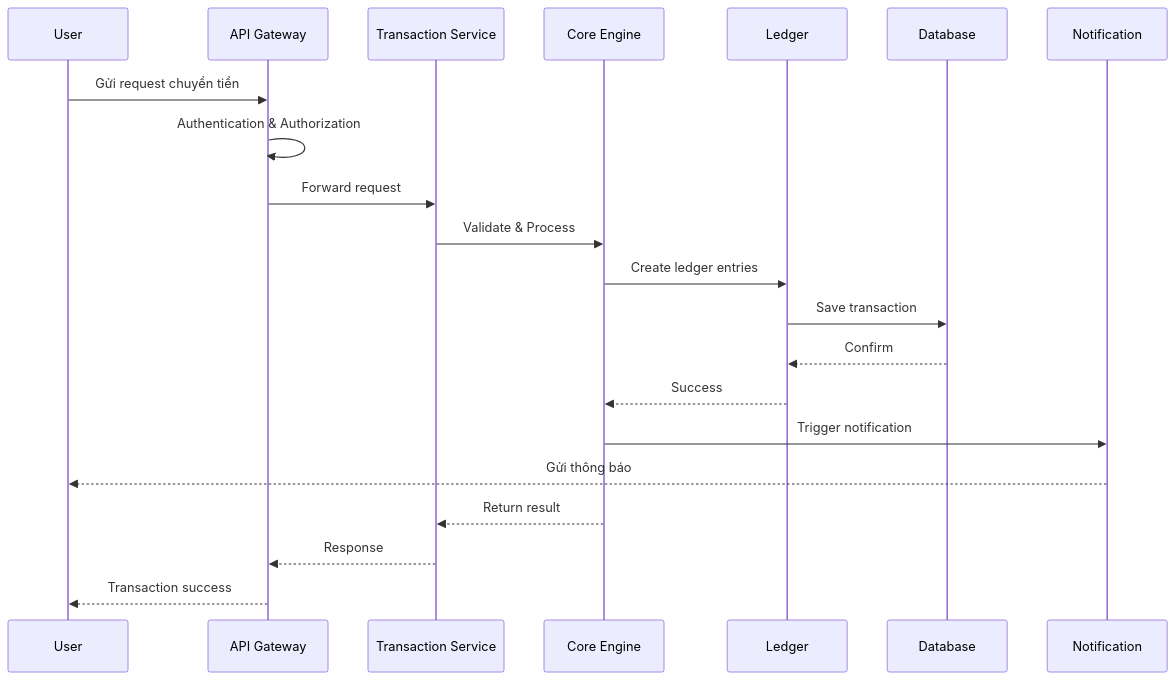
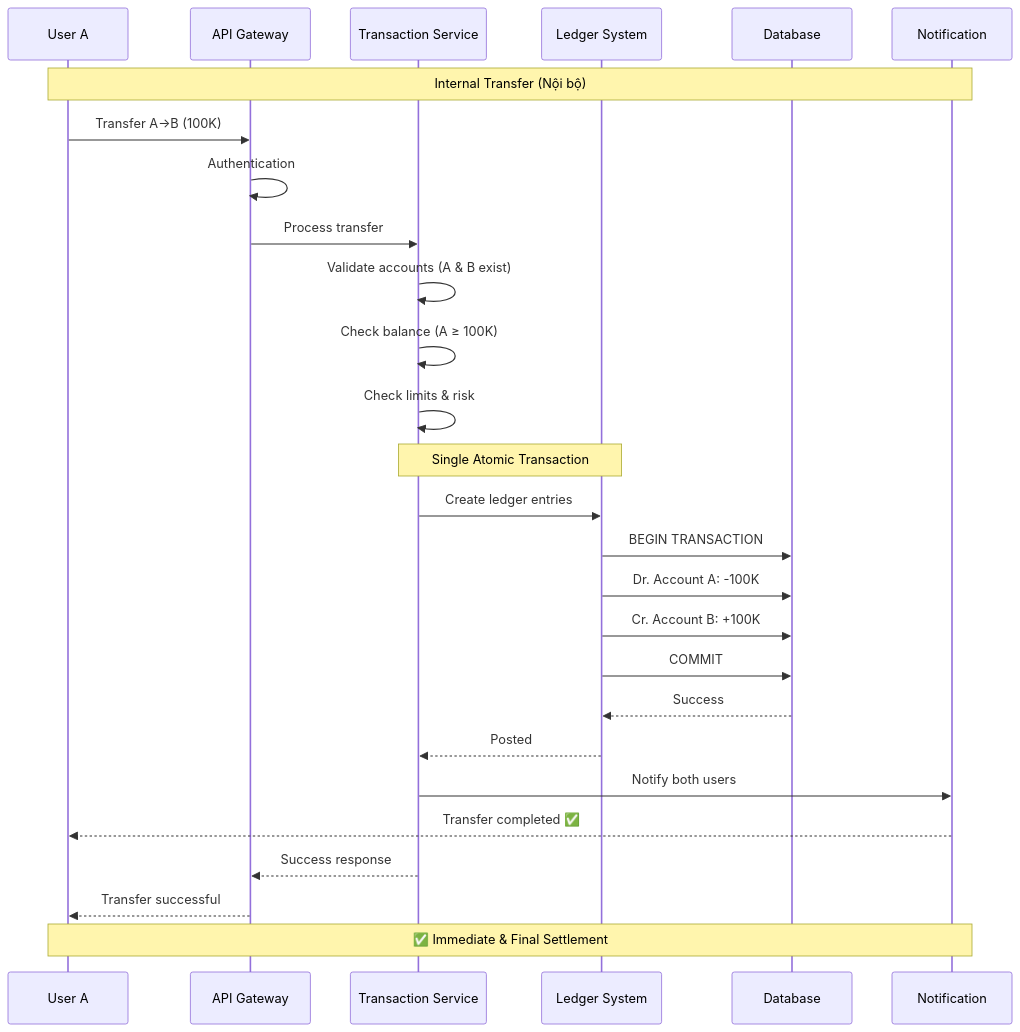
Before and after one commit to PhuMBT/eWallet_CBS: the second of 6 diagrams in docs/cbs-sdk-finance/02-architecture.md, drawn with Mermaid. The commit also changed other lines of this file and 1 other file, not shown here.

First line of the commit message:
docs(transaction): Add comprehensive money transfer analysis

````diff
--- a/docs/cbs-sdk-finance/02-architecture.md
+++ b/docs/cbs-sdk-finance/02-architecture.md
@@ -301,24 +305,35 @@
 ```mermaid
 sequenceDiagram
-    participant U as User
+    participant U as User A
     participant A as API Gateway
     participant T as Transaction Service
-    participant C as Core Engine
-    participant L as Ledger
+    participant L as Ledger System
     participant DB as Database
     participant N as Notification
     
-    U->>A: Gửi request chuyển tiền
-    A->>A: Authentication & Authorization
-    A->>T: Forward request
-    T->>C: Validate & Process
-    C->>L: Create ledger entries
-    L->>DB: Save transaction
-    DB-->>L: Confirm
-    L-->>C: Success
-    C->>N: Trigger notification
-    N-->>U: Gửi thông báo
-    C-->>T: Return result
-    T-->>A: Response
-    A-->>U: Transaction success
+    Note over U,N: Internal Transfer (Nội bộ)
+    
+    U->>A: Transfer A→B (100K)
+    A->>A: Authentication
+    A->>T: Process transfer
+    
+    T->>T: Validate accounts (A & B exist)
+    T->>T: Check balance (A ≥ 100K)
+    T->>T: Check limits & risk
+    
+    Note over T,L: Single Atomic Transaction
+    T->>L: Create ledger entries
+    L->>DB: BEGIN TRANSACTION
+    L->>DB: Dr. Account A: -100K
+    L->>DB: Cr. Account B: +100K
+    L->>DB: COMMIT
+    DB-->>L: Success
+    L-->>T: Posted
+    
+    T->>N: Notify both users
+    N-->>U: Transfer completed ✅
+    T-->>A: Success response
+    A-->>U: Transfer successful
+    
+    Note over U,N: ✅ Immediate & Final Settlement
 ```
````
